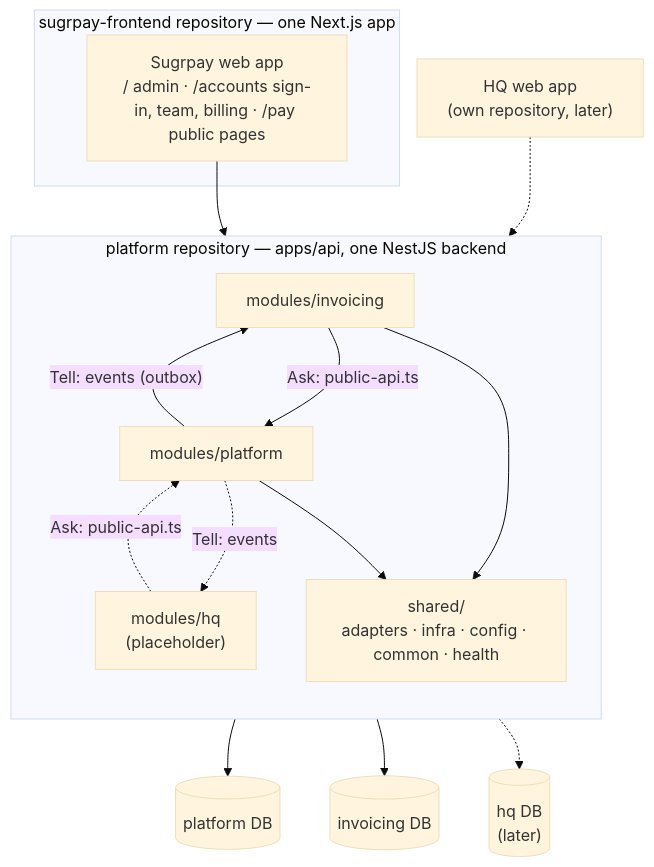
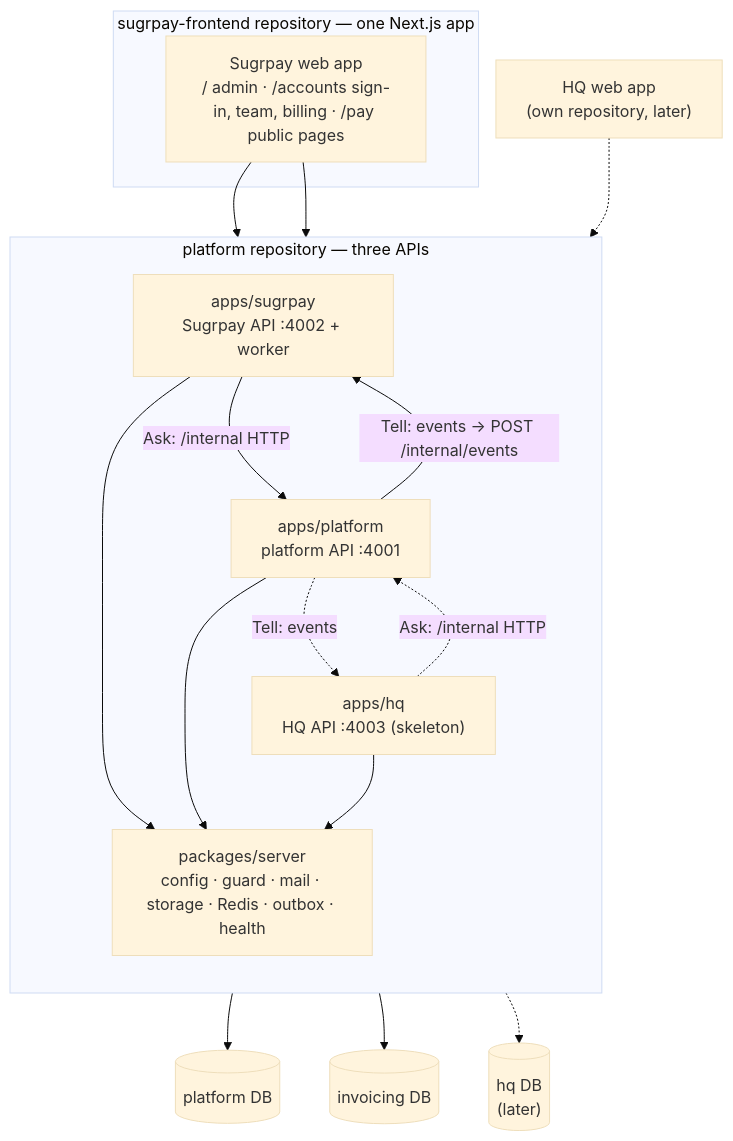
Before and after one commit to primeshelfspace/platform: the diagram in docs/architecture/README.md, drawn with Mermaid (base theme). The commit also changed other lines of this file and 35 other files, not shown here.

First line of the commit message:
Docs, config templates and tests for the three-API layout

````diff
--- a/docs/architecture/README.md
+++ b/docs/architecture/README.md
@@ -23,31 +26,33 @@
 ```mermaid
 flowchart TB
   subgraph web["sugrpay-frontend repository — one Next.js app"]
     SUG_APP["Sugrpay web app<br/>/ admin · /accounts sign-in, team, billing · /pay public pages"]
   end
   HQ_APP["HQ web app<br/>(own repository, later)"]
 
-  subgraph api["platform repository — apps/api, one NestJS backend"]
+  subgraph backend["platform repository — three APIs"]
     direction TB
-    INV["modules/invoicing"]
-    HQ["modules/hq<br/>(placeholder)"]
-    PLAT["modules/platform"]
-    SHARED["shared/<br/>adapters · infra · config · common · health"]
-    INV -- "Ask: public-api.ts" --> PLAT
-    HQ -. "Ask: public-api.ts" .-> PLAT
-    PLAT -- "Tell: events (outbox)" --> INV
+    SUG["apps/sugrpay<br/>Sugrpay API :4002 + worker"]
+    HQ["apps/hq<br/>HQ API :4003 (skeleton)"]
+    PLAT["apps/platform<br/>platform API :4001"]
+    SERVER["packages/server<br/>config · guard · mail · storage · Redis · outbox · health"]
+    SUG -- "Ask: /internal HTTP" --> PLAT
+    HQ -. "Ask: /internal HTTP" .-> PLAT
+    PLAT -- "Tell: events → POST /internal/events" --> SUG
     PLAT -. "Tell: events" .-> HQ
-    INV --> SHARED
-    PLAT --> SHARED
+    SUG --> SERVER
+    PLAT --> SERVER
+    HQ --> SERVER
   end
 
   PDB[("platform DB")]
   IDB[("invoicing DB")]
   HDB[("hq DB<br/>(later)")]
 
-  SUG_APP --> api
-  HQ_APP -.-> api
+  SUG_APP --> PLAT
+  SUG_APP --> SUG
+  HQ_APP -.-> HQ
   PLAT --> PDB
-  INV --> IDB
+  SUG --> IDB
   HQ -.-> HDB
 ```
````
